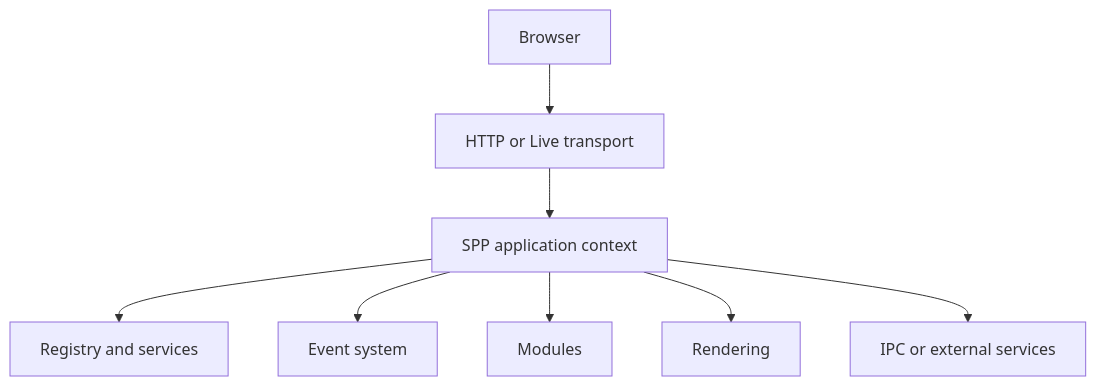
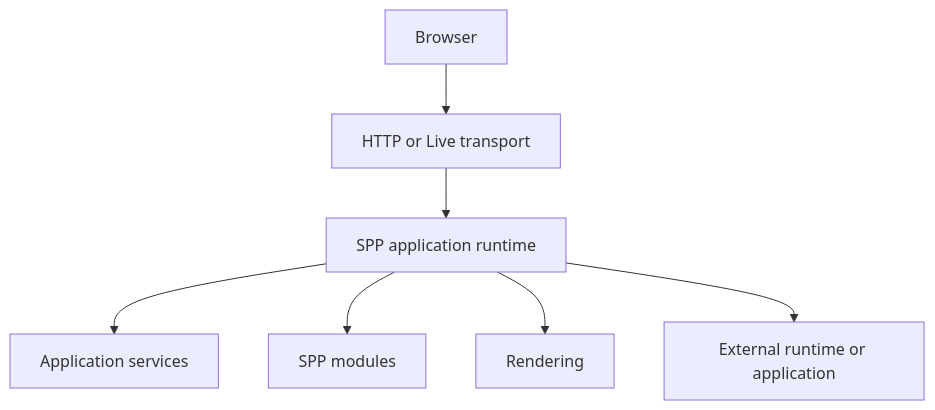
Before and after one commit to shuklasp/spp: the first of 2 diagrams in documentation/handbook/10-security-and-runtime-contracts.md, drawn with Mermaid. The commit also changed other lines of this file, not shown here.

````diff
--- a/documentation/handbook/10-security-and-runtime-contracts.md
+++ b/documentation/handbook/10-security-and-runtime-contracts.md
@@ -30,10 +76,9 @@
 ```mermaid
 flowchart TD
-    B[Browser] --> T[HTTP or Live transport]
-    T --> A[SPP application context]
-    A --> R[Registry and services]
-    A --> E[Event system]
-    A --> M[Modules]
-    A --> V[Rendering]
-    A --> X[IPC or external services]
+    A[Browser] --> B[HTTP or Live transport]
+    B --> C[SPP application runtime]
+    C --> D[Application services]
+    C --> E[SPP modules]
+    C --> F[Rendering]
+    C --> G[External runtime or application]
 ```
````
